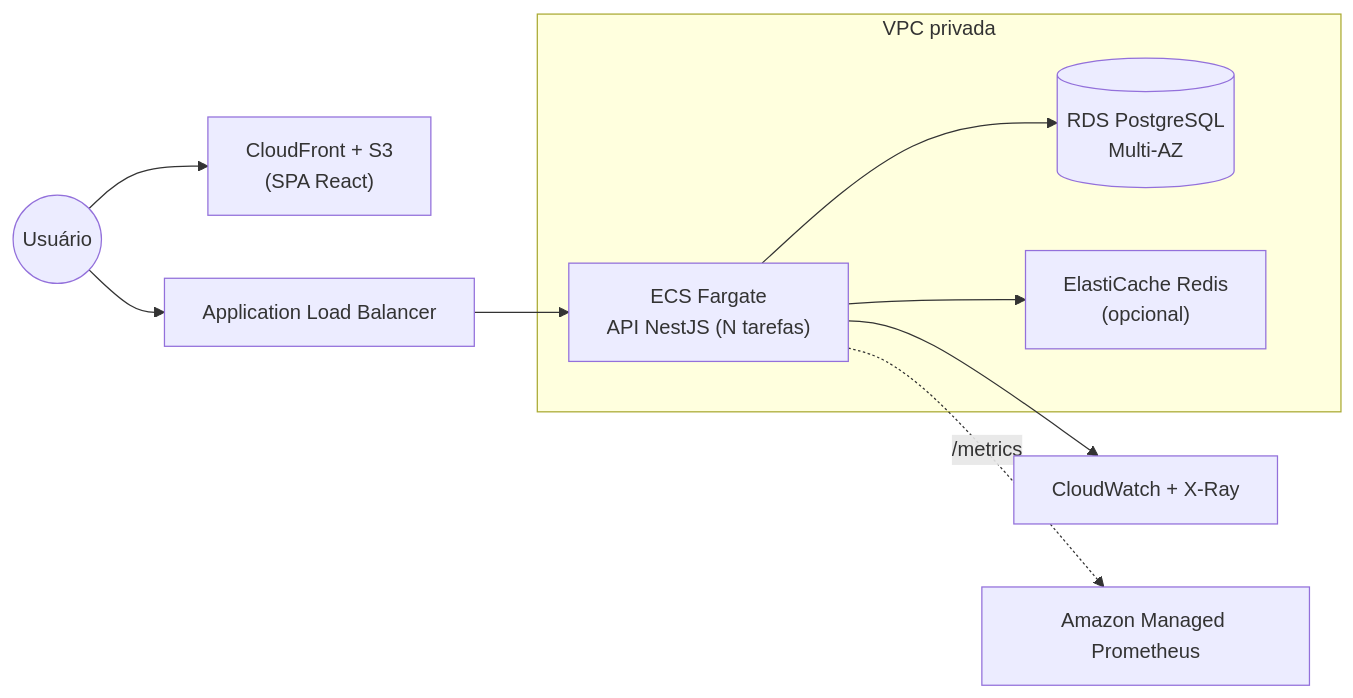
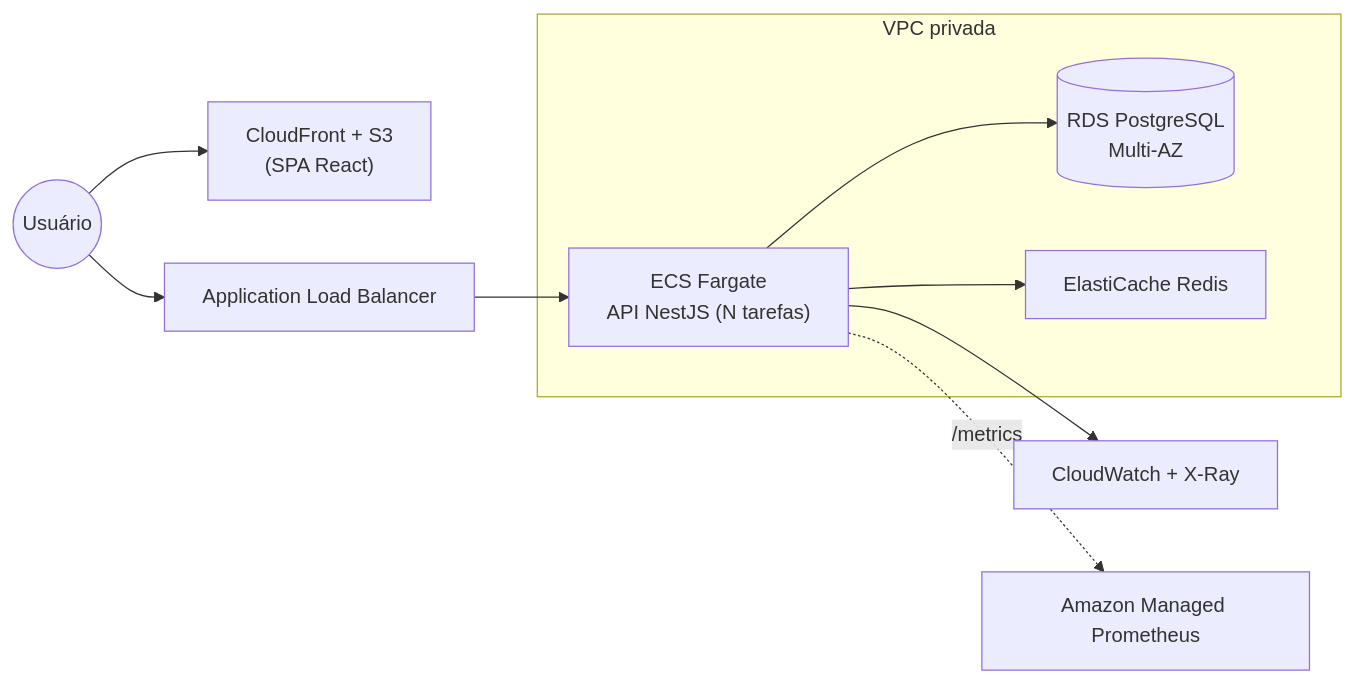
Before and after one commit to J3ff5/teddy: the second of 3 diagrams in docs/architecture.md, drawn with Mermaid. The commit also changed other lines of this file and 10 other files, not shown here.

Commit message:
refactor: update documentation and improve clarity in README and architecture files fix: enhance comments and descriptions in code for better understanding

````diff
--- a/docs/architecture.md
+++ b/docs/architecture.md
@@ -18,15 +18,15 @@
 ```mermaid
 flowchart LR
   User(("Usuário")) --> CF["CloudFront + S3<br/>(SPA React)"]
   User --> ALB["Application Load Balancer"]
   ALB --> ECS["ECS Fargate<br/>API NestJS (N tarefas)"]
   ECS --> RDS[("RDS PostgreSQL<br/>Multi-AZ")]
-  ECS --> EC["ElastiCache Redis<br/>(opcional)"]
+  ECS --> EC["ElastiCache Redis"]
   ECS --> CW["CloudWatch + X-Ray"]
   ECS -.->|/metrics| AMP["Amazon Managed Prometheus"]
   subgraph VPC["VPC privada"]
     ECS
     RDS
     EC
   end
 ```
````
